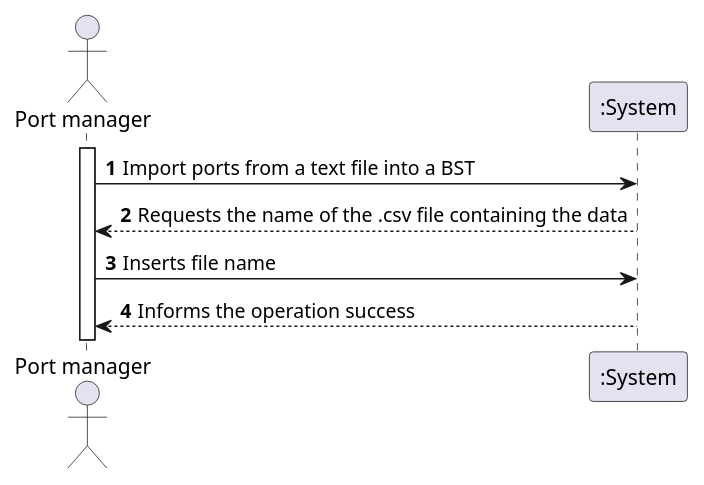
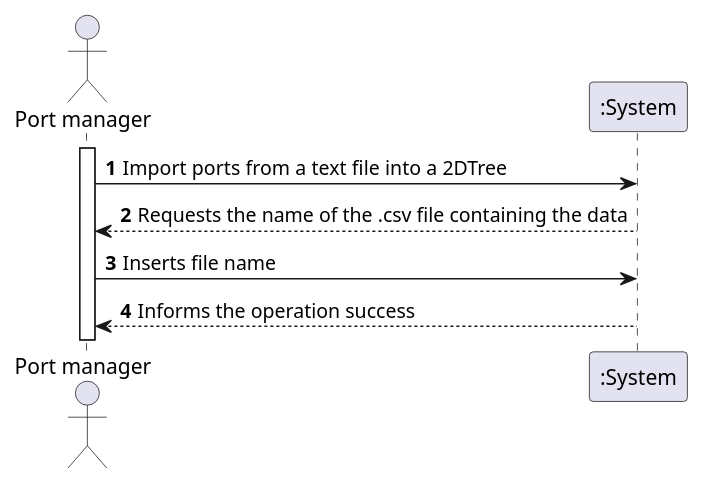
Before and after one commit to 0franciscor/lapr3-2021-g042: the diagram in docs/US201/US201_SSD.puml, drawn with PlantUML. The commit also changed 3 other files, not shown here.

```diff
--- a/docs/US201/US201_SSD.puml
+++ b/docs/US201/US201_SSD.puml
@@ -1,13 +1,13 @@
 @startuml
 autonumber
 
 actor "Port manager" as M
 
 activate M
-M -> ":System": Import ports from a text file into a BST
+M -> ":System": Import ports from a text file into a 2DTree
 ":System" --> M --: Requests the name of the .csv file containing the data
 M -> ":System": Inserts file name
 ":System" --> M --: Informs the operation success
 
 
 @enduml
```
